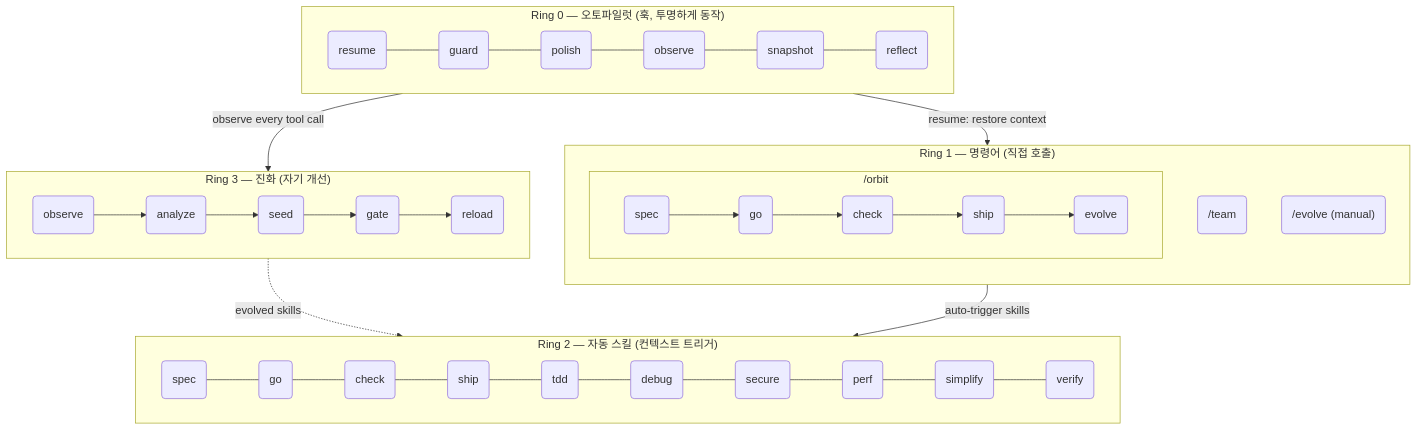
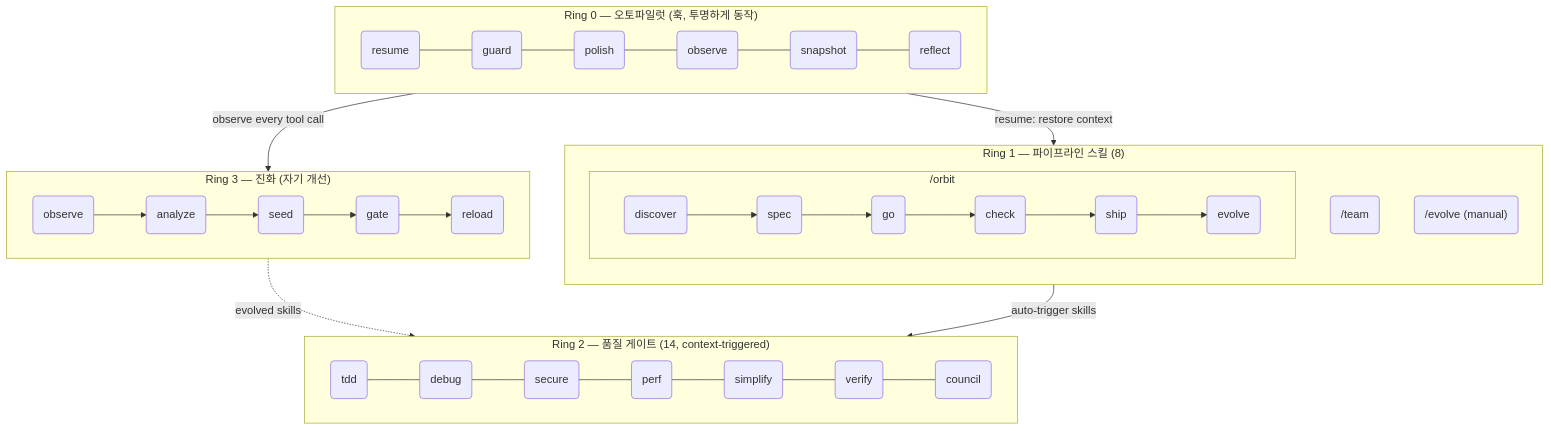
The second of 2 diagrams in i18n/ko/README.md (epicsagas/epic-harness), drawn with Mermaid before and after one commit. The commit also changed other lines of this file and 24 other files, not shown here.

````diff
--- a/i18n/ko/README.md
+++ b/i18n/ko/README.md
@@ -422,32 +422,32 @@
 ```mermaid
 flowchart TB
     subgraph R0["Ring 0 — 오토파일럿 (훅, 투명하게 동작)"]
         direction LR
         h1(resume) --- h2(guard) --- h3(polish) --- h4(observe) --- h5(snapshot) --- h6(reflect)
     end
 
-    subgraph R1["Ring 1 — 명령어 (직접 호출)"]
+    subgraph R1["Ring 1 — 파이프라인 스킬 (8)"]
         direction TB
         subgraph orbit_wrap["  /orbit  "]
             direction LR
-            c1("spec") --> c2("go") --> c3("check") --> c4("ship") --> c5("evolve")
+            c1("discover") --> c2("spec") --> c3("go") --> c4("check") --> c5("ship") --> c6("evolve")
         end
-        c6("/team")
-        c7("/evolve (manual)")
+        c7("/team")
+        c8("/evolve (manual)")
     end
 
-    subgraph R2["Ring 2 — 자동 스킬 (컨텍스트 트리거)"]
+    subgraph R2["Ring 2 — 품질 게이트 (14, context-triggered)"]
         direction LR
-        s1(spec) --- s2(go) --- s3(check) --- s4(ship) --- s5(tdd) --- s6(debug) --- s7(secure) --- s8(perf) --- s9(simplify) --- s10(verify)
+        s1(tdd) --- s2(debug) --- s3(secure) --- s4(perf) --- s5(simplify) --- s6(verify) --- s7(council)
     end
 
     subgraph R3["Ring 3 — 진화 (자기 개선)"]
         direction LR
         e1(observe) --> e2(analyze) --> e3(seed) --> e4(gate) --> e5(reload)
     end
 
     R0 -->|"observe every tool call"| R3
     R3 -.->|"evolved skills"| R2
     R1 -->|"auto-trigger skills"| R2
     R0 -->|"resume: restore context"| R1
 ```
````
